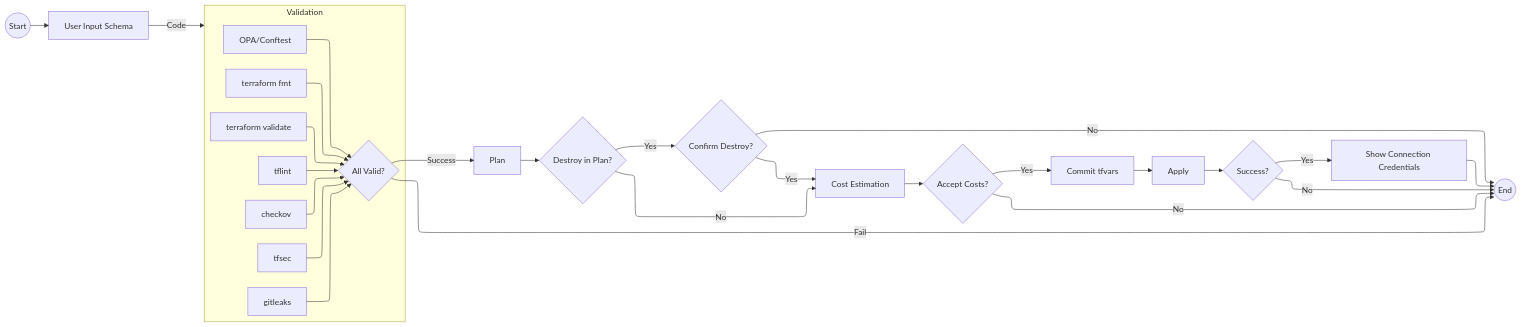
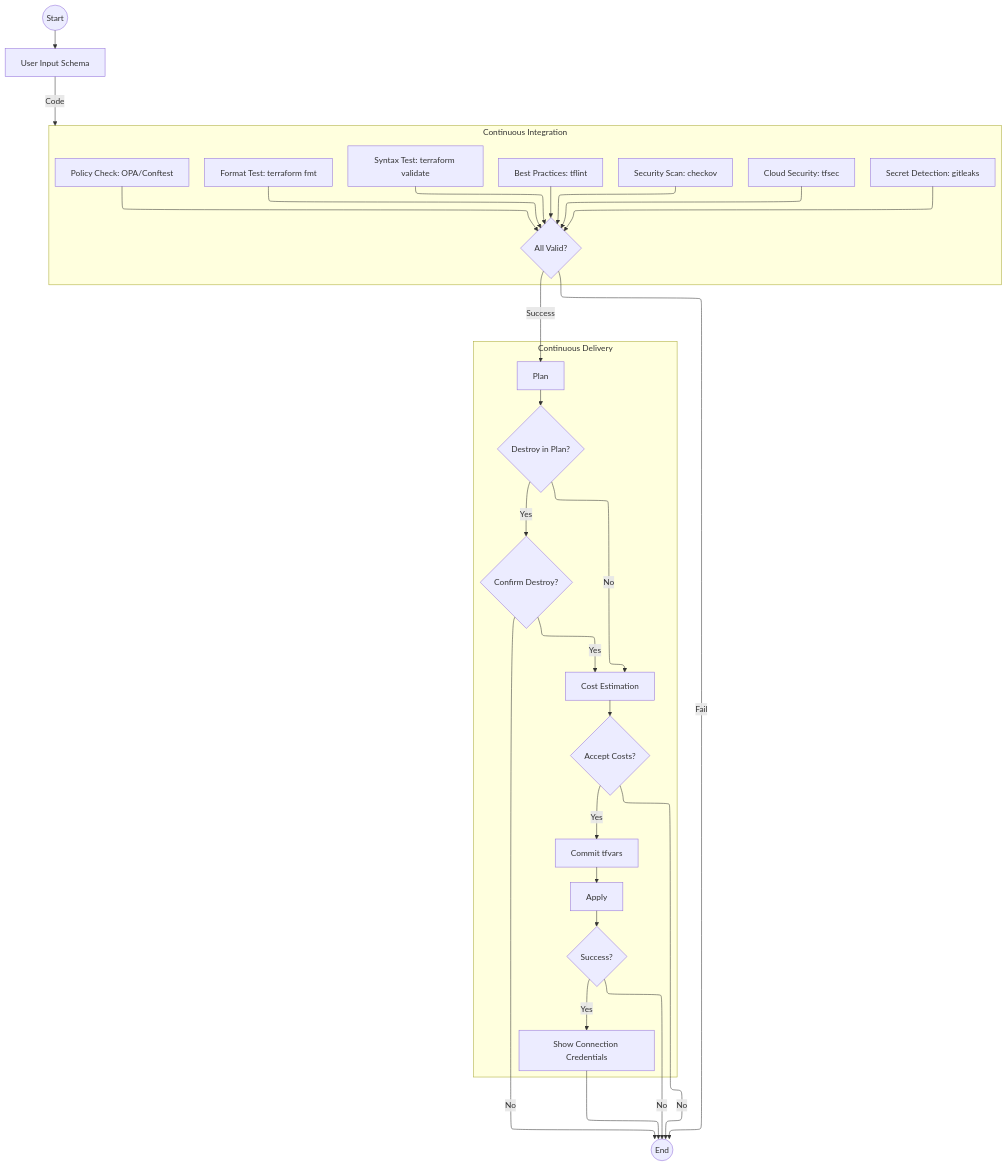
The diagram in terraform-workflow.md (alex-tw-lam/tf-workflow), drawn with Mermaid before and after one commit. The commit also changed other lines of this file, not shown here.

Commit message:
Update workflow: Fix mermaid syntax and add descriptive CI test names

````diff
--- a/terraform-workflow.md
+++ b/terraform-workflow.md
@@ -1,31 +1,30 @@
 ```mermaid
-flowchart-elk LR
+flowchart-elk TB
     Start((Start)) --> A[User Input Schema]
-    A -->|Code| Validation
+    A -->|Code| CI
 
-    subgraph Validation
-        V1[terraform fmt] --> V5{All Valid?}
-        V2[terraform validate] --> V5
-        V3[tflint] --> V5
-        V4[checkov] --> V5
-        V6[tfsec] --> V5
-        V7[gitleaks] --> V5
-        V8[OPA/Conftest] --> V5
+    subgraph CI[Continuous Integration]
+        direction TB
+        V1[Format Test: terraform fmt] & V2[Syntax Test: terraform validate] & V3[Best Practices: tflint] & V4[Security Scan: checkov] & V6[Cloud Security: tfsec] & V7[Secret Detection: gitleaks] & V8[Policy Check: OPA/Conftest] --> V5{All Valid?}
     end
 
-    V5 -->|Success| D[Plan]
+    subgraph CD[Continuous Delivery]
+        direction TB
+        D[Plan] --> E{Destroy in Plan?}
+        E -->|No| G[Cost Estimation]
+        E -->|Yes| F{Confirm Destroy?}
+        F -->|Yes| G
+        G --> K{Accept Costs?}
+        K -->|Yes| L[Commit tfvars]
+        L --> H[Apply]
+        H --> I{Success?}
+        I -->|Yes| J[Show Connection Credentials]
+    end
+
+    V5 -->|Success| D
     V5 -->|Fail| End((End))
-    D --> E{Destroy in Plan?}
-    E -->|No| G[Cost Estimation]
-    E -->|Yes| F{Confirm Destroy?}
-    F -->|Yes| G
     F -->|No| End
-    G --> K{Accept Costs?}
     K -->|No| End
-    K -->|Yes| L[Commit tfvars]
-    L --> H[Apply]
-    H --> I{Success?}
-    I -->|Yes| J[Show Connection Credentials]
     I -->|No| End
     J --> End
 ```
````
